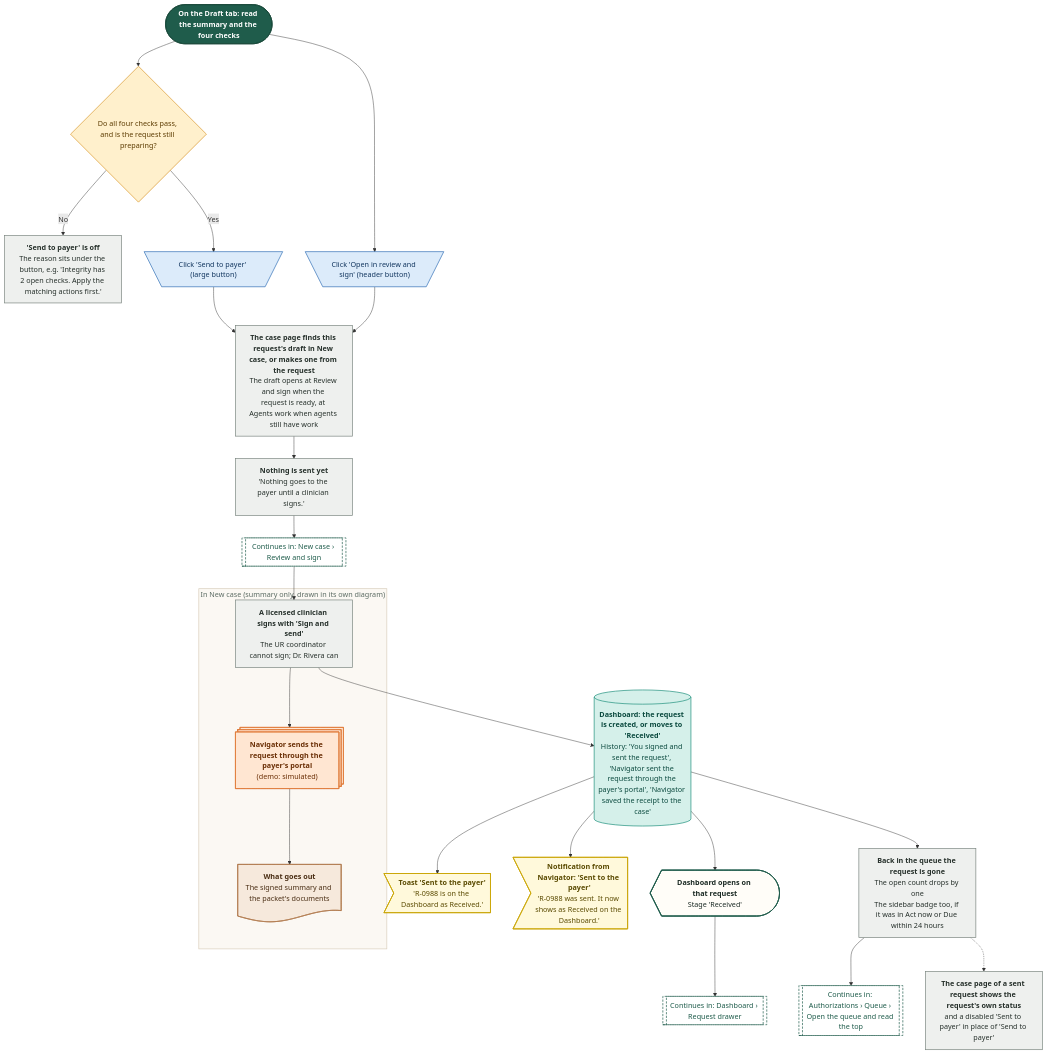
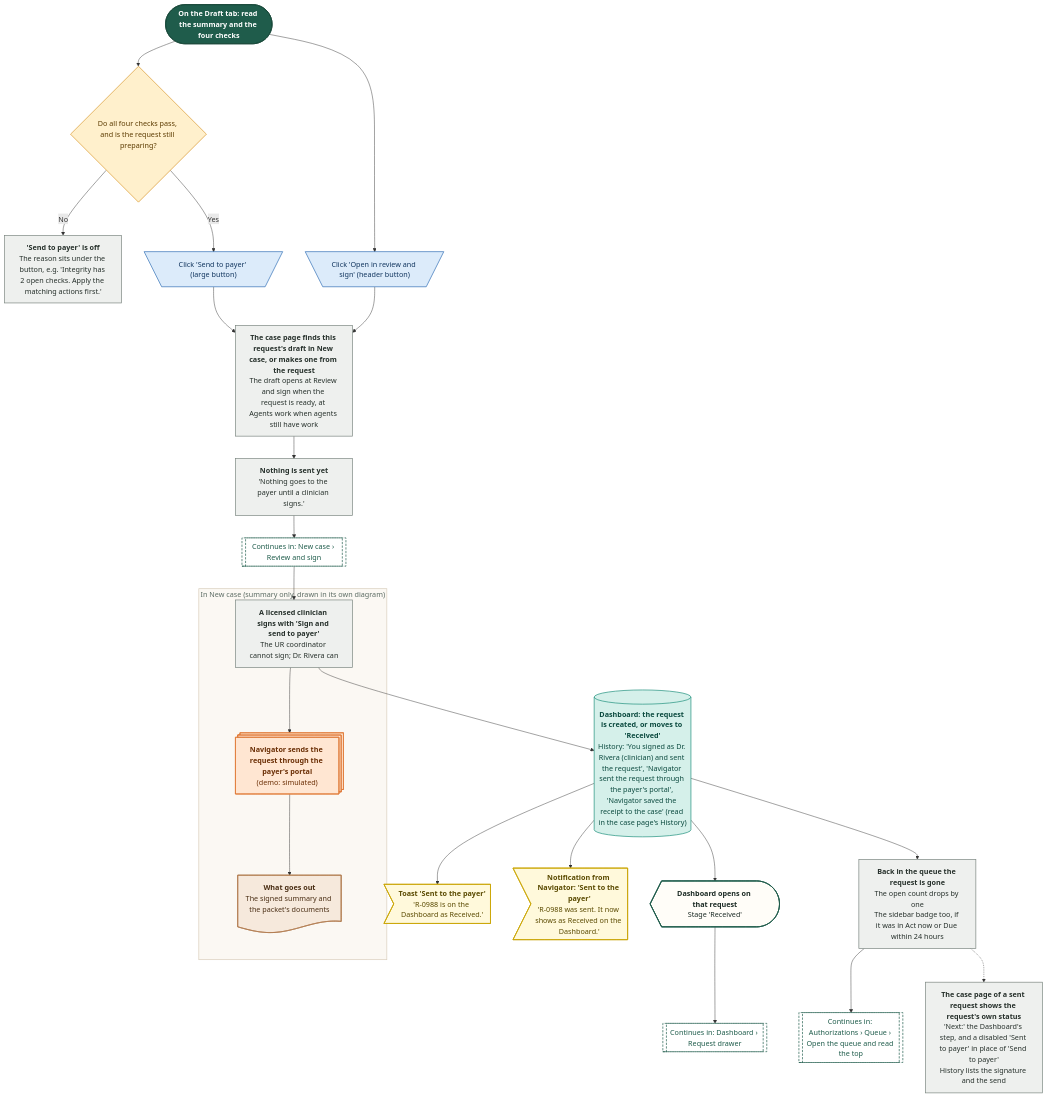
Before and after one commit to Shrav143/psyfloapp: diagram 28 of 30 in demos/prior-auth-demo/workflows/out/md/03-authorizations.md, drawn with Mermaid. The commit also changed other lines of this file and 192 other files, not shown here.

First line of the commit message:
docs: changelog by sidebar tab; README, diagrams and Settings layout aligned with the refinement; shared InfoTip; referral cost-share line

````diff
--- a/demos/prior-auth-demo/workflows/out/md/03-authorizations.md
+++ b/demos/prior-auth-demo/workflows/out/md/03-authorizations.md
@@ -1860,64 +2187,64 @@
 ```mermaid
 %%{init: {"theme":"base","themeVariables":{"fontFamily":"'DM Sans', 'Segoe UI', system-ui, sans-serif","fontSize":"15px","lineColor":"#5B6B63","primaryTextColor":"#1C2B25","clusterBkg":"#FBF8F3","clusterBorder":"#D9CDBB","edgeLabelBackground":"#FFFFFF"},"flowchart":{"curve":"basis","nodeSpacing":36,"rankSpacing":48,"padding":12,"htmlLabels":true,"useMaxWidth":false,"wrappingWidth":230}} }%%
 flowchart TD
   classDef k_start fill:#1F5C4B,stroke:#174638,color:#FFFFFF,stroke-width:1.5px,font-weight:600
   classDef k_end fill:#DDEFE3,stroke:#2E7D4F,color:#14502F,stroke-width:1.5px,font-weight:600
   classDef k_endx fill:#FBE3E0,stroke:#C0392B,color:#7A1F16,stroke-width:1.5px,font-weight:600
   classDef k_screen fill:#FFFDF8,stroke:#1F5C4B,color:#1C2B25,stroke-width:2px
   classDef k_overlay fill:#F1F7F3,stroke:#1F5C4B,color:#1C2B25,stroke-width:2px,stroke-dasharray:5 3
   classDef k_click fill:#DCEBFA,stroke:#2F6DB5,color:#12365F,stroke-width:1.5px
   classDef k_input fill:#E4E7FF,stroke:#4C5FD5,color:#1D2670,stroke-width:1.5px
   classDef k_process fill:#EEF0EE,stroke:#7A857F,color:#26302B,stroke-width:1.5px
   classDef k_agent fill:#EEE5FA,stroke:#7A4FC2,color:#341A63,stroke-width:1.5px
   classDef k_decision fill:#FFF0CC,stroke:#D9962B,color:#5C3B00,stroke-width:1.5px
   classDef k_store fill:#D5F0EA,stroke:#1C8E7B,color:#0B4A3F,stroke-width:1.5px
   classDef k_doc fill:#F6E9DC,stroke:#B07A4C,color:#4A2E14,stroke-width:1.5px
   classDef k_ext fill:#FFE6D2,stroke:#E07B39,color:#6B2F06,stroke-width:1.5px
   classDef k_wait fill:#E4E8EE,stroke:#6B7C93,color:#26303D,stroke-width:1.5px
   classDef k_toast fill:#FFF9DB,stroke:#C9A400,color:#5A4A00,stroke-width:1.5px
   classDef k_goto fill:#FFFFFF,stroke:#1F5C4B,color:#1F5C4B,stroke-width:1.5px,stroke-dasharray:5 3
   s1@{ shape: stadium, label: "On the Draft tab: read the summary and the four checks" }
   dc@{ shape: diam, label: "Do all four checks pass, and is the request still preparing?" }
   off@{ shape: rect, label: "<b>'Send to payer' is off</b><br/>The reason sits under the button, e.g. 'Integrity has 2 open checks. Apply the matching actions first.'" }
   sp@{ shape: trap-t, label: "Click 'Send to payer' (large button)" }
   os@{ shape: trap-t, label: "Click 'Open in review and sign' (header button)" }
   rp@{ shape: rect, label: "<b>The case page finds this request's draft in New case, or makes one from the request</b><br/>The draft opens at Review and sign when the request is ready, at Agents work when agents still have work" }
   ns@{ shape: rect, label: "<b>Nothing is sent yet</b><br/>'Nothing goes to the payer until a clinician signs.'" }
   gR@{ shape: subproc, label: "Continues in: New case › Review and sign" }
   subgraph gSign ["In New case (summary only, drawn in its own diagram)"]
-  sg@{ shape: rect, label: "<b>A licensed clinician signs with 'Sign and send'</b><br/>The UR coordinator cannot sign; Dr. Rivera can" }
+  sg@{ shape: rect, label: "<b>A licensed clinician signs with 'Sign and send to payer'</b><br/>The UR coordinator cannot sign; Dr. Rivera can" }
   py@{ shape: st-rect, label: "<b>Navigator sends the request through the payer's portal</b><br/>(demo: simulated)" }
   pk@{ shape: doc, label: "<b>What goes out</b><br/>The signed summary and the packet's documents" }
   end
-  rq@{ shape: cyl, label: "<b>Dashboard: the request is created, or moves to 'Received'</b><br/>History: 'You signed and sent the request', 'Navigator sent the request through the payer's portal', 'Navigator saved the receipt to the case'" }
+  rq@{ shape: cyl, label: "<b>Dashboard: the request is created, or moves to 'Received'</b><br/>History: 'You signed as Dr. Rivera (clinician) and sent the request', 'Navigator sent the request through the payer's portal', 'Navigator saved the receipt to the case' (read in the case page's History)" }
   tt@{ shape: odd, label: "<b>Toast 'Sent to the payer'</b><br/>'R-0988 is on the Dashboard as Received.'" }
   nt@{ shape: odd, label: "<b>Notification from Navigator: 'Sent to the payer'</b><br/>'R-0988 was sent. It now shows as Received on the Dashboard.'" }
   db@{ shape: curv-trap, label: "<b>Dashboard opens on that request</b><br/>Stage 'Received'" }
   qg@{ shape: rect, label: "<b>Back in the queue the request is gone</b><br/>The open count drops by one<br/>The sidebar badge too, if it was in Act now or Due within 24 hours" }
-  cp@{ shape: rect, label: "<b>The case page of a sent request shows the request's own status</b><br/>and a disabled 'Sent to payer' in place of 'Send to payer'" }
+  cp@{ shape: rect, label: "<b>The case page of a sent request shows the request's own status</b><br/>'Next:' the Dashboard's step, and a disabled 'Sent to payer' in place of 'Send to payer'<br/>History lists the signature and the send" }
   gD@{ shape: subproc, label: "Continues in: Dashboard › Request drawer" }
   gQ@{ shape: subproc, label: "Continues in: Authorizations › Queue › Open the queue and read the top" }
   s1 --> dc
   dc -->|"No"| off
   dc -->|"Yes"| sp --> rp
   s1 --> os --> rp
   rp --> ns --> gR
   gR --> sg --> py --> pk
   sg --> rq
   rq --> tt
   rq --> nt
   rq --> db --> gD
   rq --> qg --> gQ
   qg -.-> cp
   class s1 k_start
   class dc k_decision
   class off,rp,ns,sg,qg,cp k_process
   class sp,os k_click
   class gR,gD,gQ k_goto
   class py k_ext
   class pk k_doc
   class rq k_store
   class tt,nt k_toast
   class db k_screen
   style gSign fill:#FBF8F3,stroke:#D9CDBB,stroke-width:1.5px,color:#5B6B63
 ```
````
